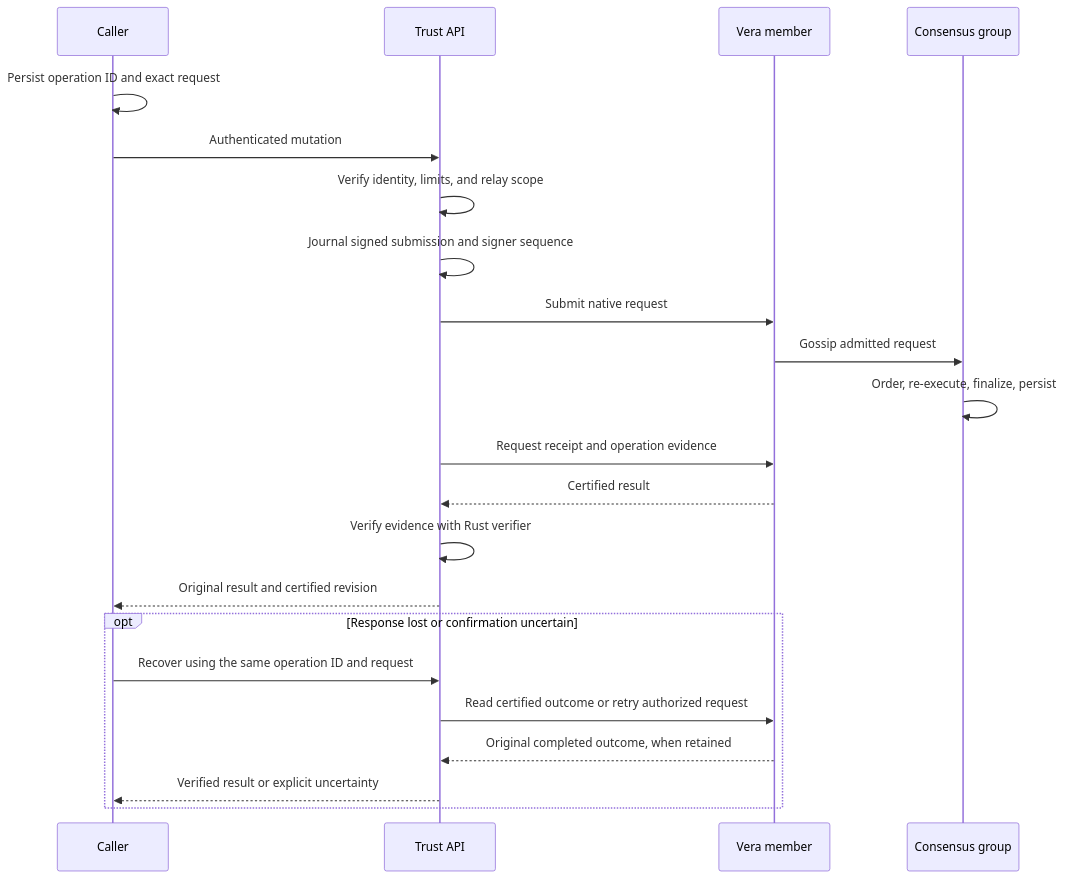
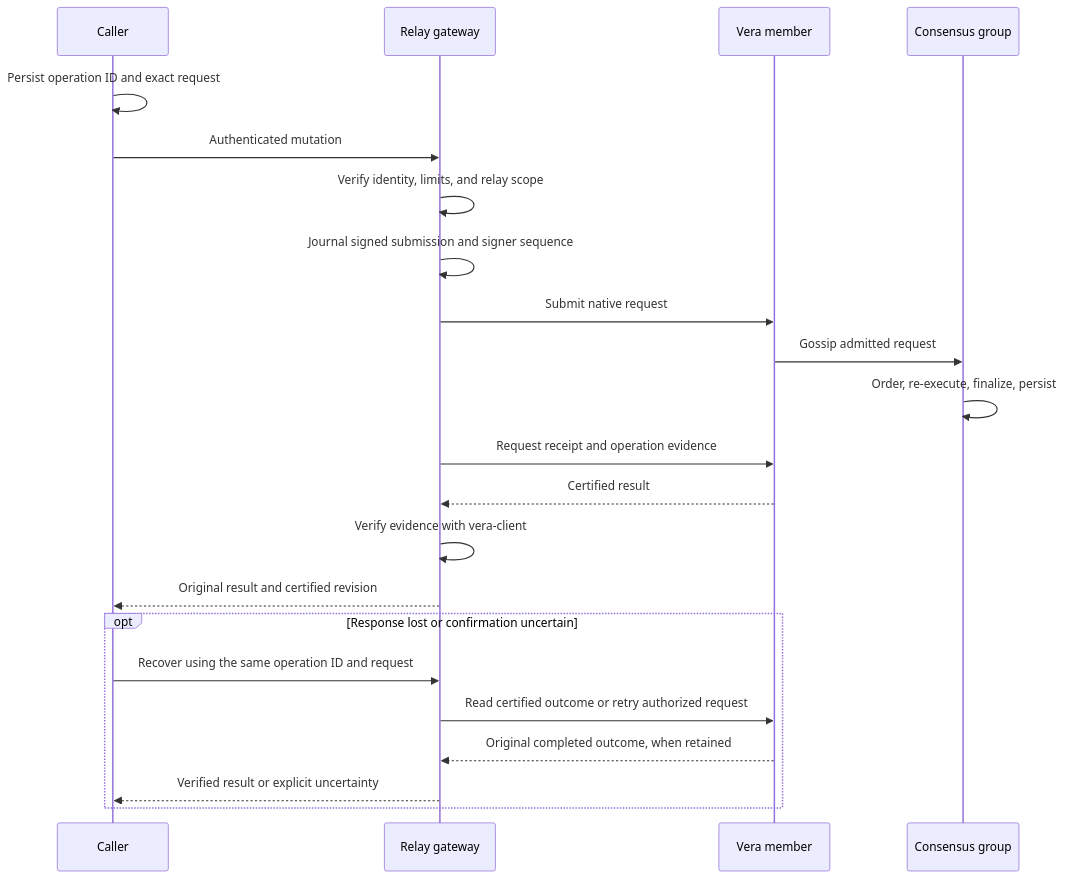
The fourth of 7 diagrams in docs/architecture.md (sourcenetwork/vera.rs), drawn with Mermaid before and after one commit. The commit also changed other lines of this file and 40 other files, not shown here.

First line of the commit message:
Remove the Go gateway's verifier library, Go comparison and interop fixtures (#365)

````diff
--- a/docs/architecture.md
+++ b/docs/architecture.md
@@ -160,24 +155,24 @@
 ```mermaid
 sequenceDiagram
     participant Caller
-    participant Gateway as Trust API
+    participant Gateway as Relay gateway
     participant Member as Vera member
     participant Group as Consensus group
     Caller->>Caller: Persist operation ID and exact request
     Caller->>Gateway: Authenticated mutation
     Gateway->>Gateway: Verify identity, limits, and relay scope
     Gateway->>Gateway: Journal signed submission and signer sequence
     Gateway->>Member: Submit native request
     Member->>Group: Gossip admitted request
     Group->>Group: Order, re-execute, finalize, persist
     Gateway->>Member: Request receipt and operation evidence
     Member-->>Gateway: Certified result
-    Gateway->>Gateway: Verify evidence with Rust verifier
+    Gateway->>Gateway: Verify evidence with vera-client
     Gateway-->>Caller: Original result and certified revision
     opt Response lost or confirmation uncertain
         Caller->>Gateway: Recover using the same operation ID and request
         Gateway->>Member: Read certified outcome or retry authorized request
         Member-->>Gateway: Original completed outcome, when retained
         Gateway-->>Caller: Verified result or explicit uncertainty
     end
 ```
````
